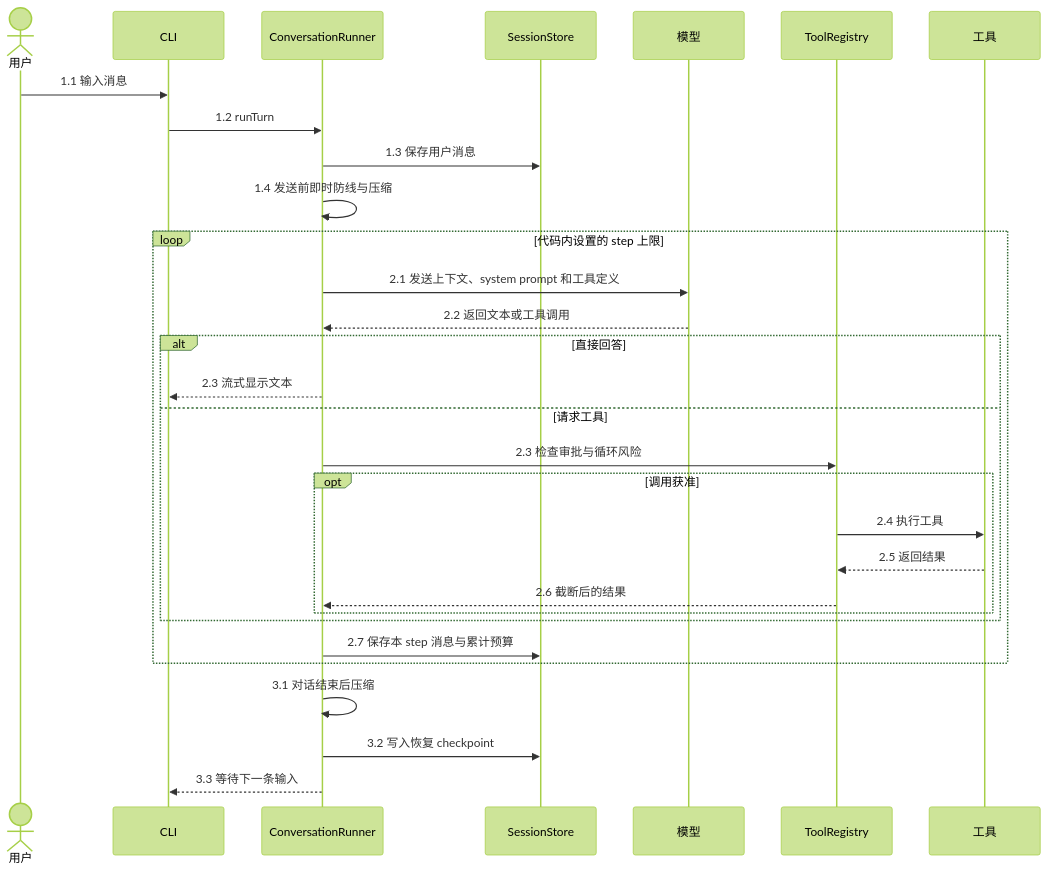
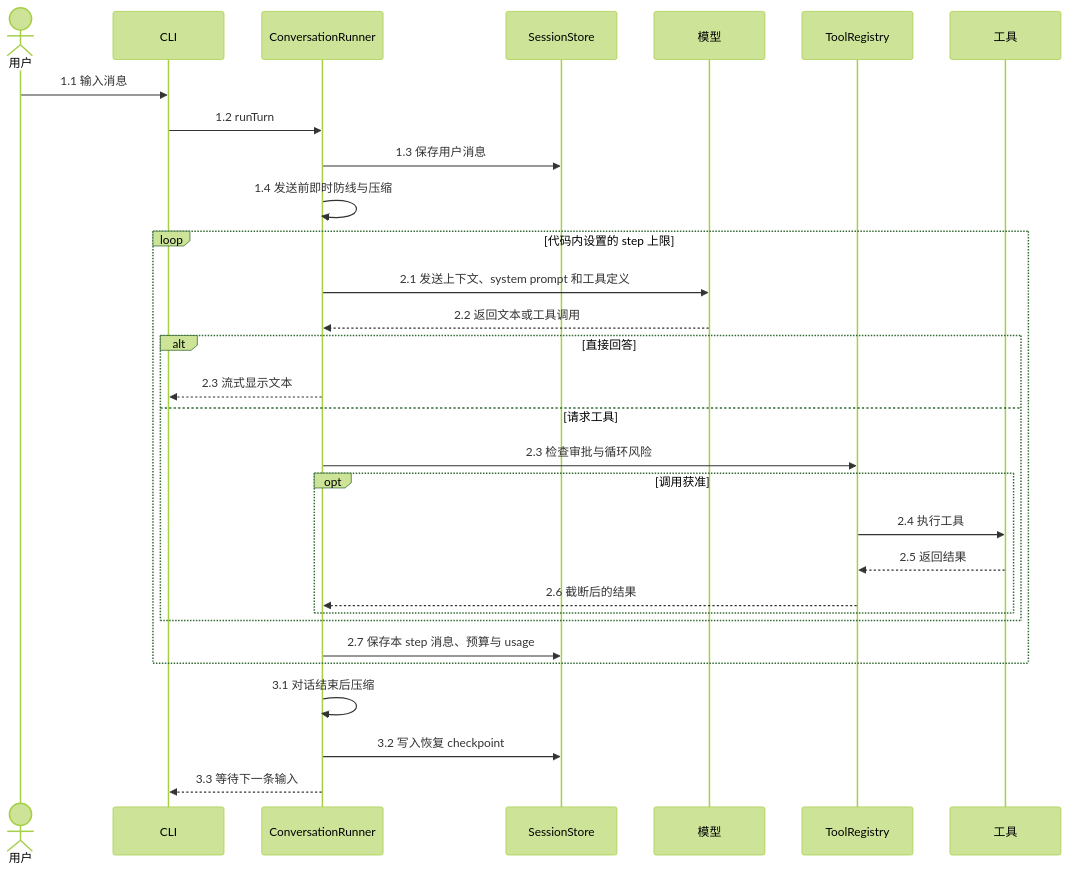
Before and after one commit to caosiwei97/super-agent: the second of 6 diagrams in README.md, drawn with Mermaid (forest theme). The commit also changed other lines of this file, not shown here.

````diff
--- a/README.md
+++ b/README.md
@@ -63,35 +66,35 @@
 ```mermaid
 sequenceDiagram
     actor U as 用户
     participant C as CLI
     participant R as ConversationRunner
     participant S as SessionStore
     participant M as 模型
     participant G as ToolRegistry
     participant T as 工具
 
     U->>C: 1.1 输入消息
     C->>R: 1.2 runTurn
     R->>S: 1.3 保存用户消息
         R->>R: 1.4 发送前即时防线与压缩
 
     loop 代码内设置的 step 上限
         R->>M: 2.1 发送上下文、system prompt 和工具定义
         M-->>R: 2.2 返回文本或工具调用
         alt 直接回答
             R-->>C: 2.3 流式显示文本
         else 请求工具
             R->>G: 2.3 检查审批与循环风险
             opt 调用获准
                 G->>T: 2.4 执行工具
                 T-->>G: 2.5 返回结果
                 G-->>R: 2.6 截断后的结果
             end
         end
-        R->>S: 2.7 保存本 step 消息与累计预算
+        R->>S: 2.7 保存本 step 消息、预算与 usage
     end
 
     R->>R: 3.1 对话结束后压缩
     R->>S: 3.2 写入恢复 checkpoint
     R-->>C: 3.3 等待下一条输入
 ```
````
